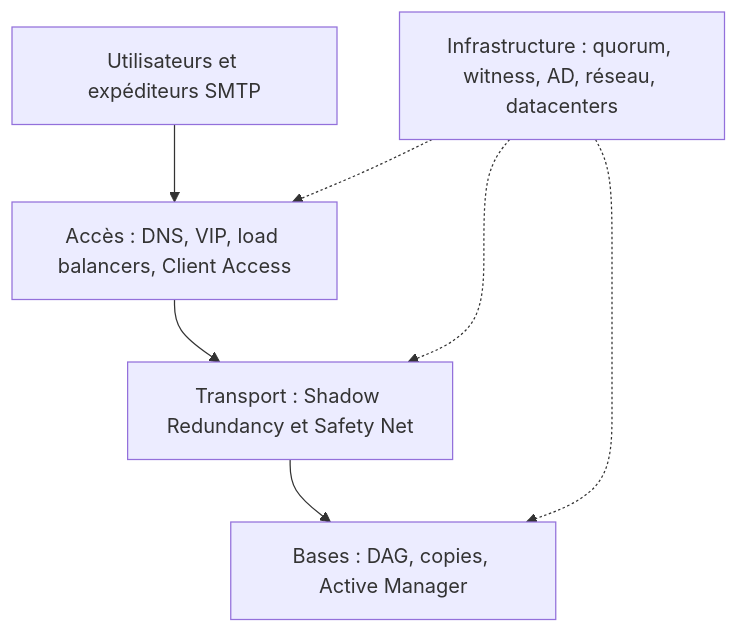
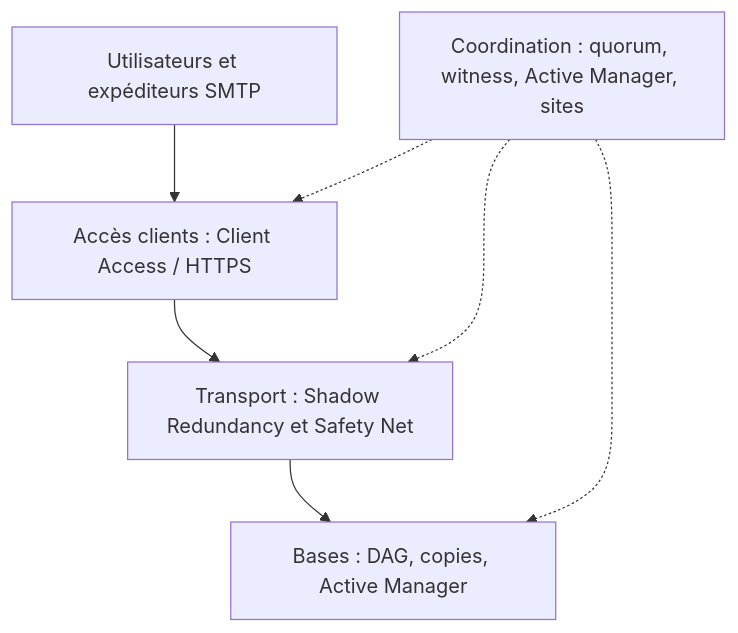
Before and after one commit to Coubiac/coubiac.github.io: the fifth of 5 diagrams in _posts/2026-10-28-exchange-haute-disponibilite-au-dela-du-dag.md, drawn with Mermaid. The commit also changed other lines of this file, not shown here.

````diff
--- a/_posts/2026-10-28-exchange-haute-disponibilite-au-dela-du-dag.md
+++ b/_posts/2026-10-28-exchange-haute-disponibilite-au-dela-du-dag.md
@@ -316,9 +296,9 @@
 ```mermaid
 flowchart TB
-    U["Utilisateurs et expéditeurs SMTP"] --> A["Accès : DNS, VIP, load balancers, Client Access"]
+    U["Utilisateurs et expéditeurs SMTP"] --> A["Accès clients : Client Access / HTTPS"]
     A --> T["Transport : Shadow Redundancy et Safety Net"]
     T --> D["Bases : DAG, copies, Active Manager"]
-    Q["Infrastructure : quorum, witness, AD, réseau, datacenters"] -.-> A
+    Q["Coordination : quorum, witness, Active Manager, sites"] -.-> A
     Q -.-> T
     Q -.-> D
 ```
````
